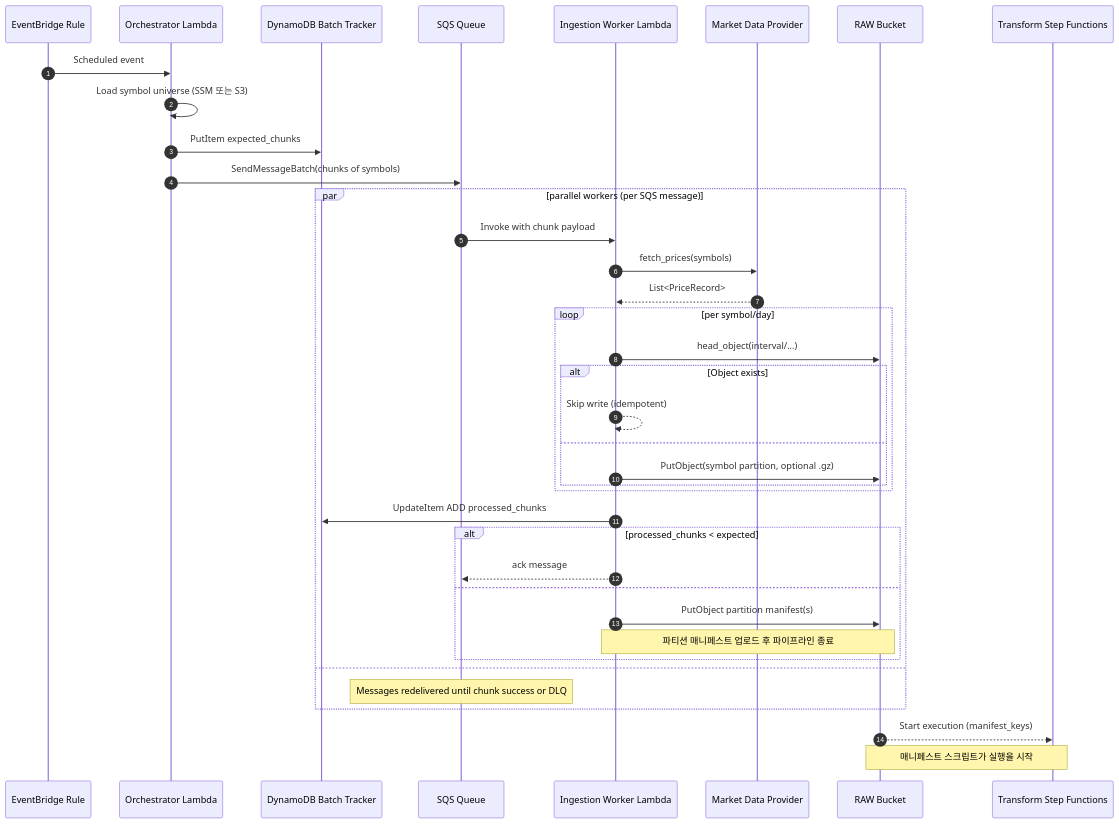
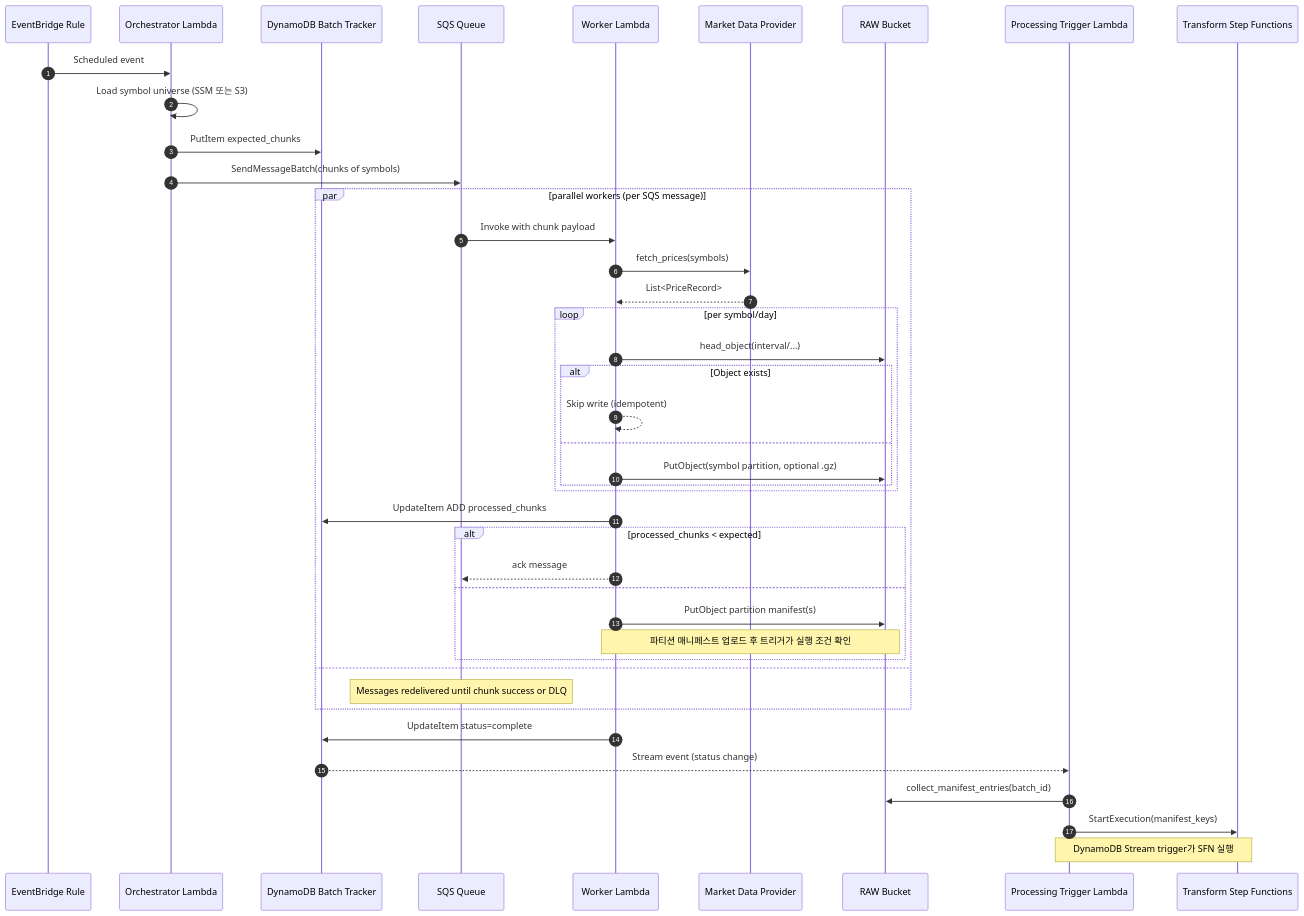
The diagram in docs/diagrams/extract/03-sequence.md (keemgdeok/fin-forge-pipeline), drawn with Mermaid before and after one commit. The commit also changed 23 other files, not shown here.

Commit message:
docs: update docs/diagrams/

````diff
--- a/docs/diagrams/extract/03-sequence.md
+++ b/docs/diagrams/extract/03-sequence.md
@@ -1,43 +1,47 @@
 ```mermaid
 sequenceDiagram
   autonumber
   participant EV as EventBridge Rule
   participant ORC as Orchestrator Lambda
   participant DDB as DynamoDB Batch Tracker
   participant SQS as SQS Queue
-  participant WRK as Ingestion Worker Lambda
+  participant WRK as Worker Lambda
   participant PRV as Market Data Provider
   participant S3 as RAW Bucket
+  participant TRG as Processing Trigger Lambda
   participant SF as Transform Step Functions
 
   EV->>ORC: Scheduled event
   ORC->>ORC: Load symbol universe (SSM 또는 S3)
   ORC->>DDB: PutItem expected_chunks
   ORC->>SQS: SendMessageBatch(chunks of symbols)
 
   par parallel workers (per SQS message)
     SQS->>WRK: Invoke with chunk payload
     WRK->>PRV: fetch_prices(symbols)
     PRV-->>WRK: List<PriceRecord>
     loop per symbol/day
       WRK->>S3: head_object(interval/...)
       alt Object exists
         WRK-->>WRK: Skip write (idempotent)
       else
         WRK->>S3: PutObject(symbol partition, optional .gz)
       end
     end
-    WRK->>DDB: UpdateItem ADD processed_chunks
-    alt processed_chunks < expected
-      WRK-->>SQS: ack message
-    else
-      WRK->>S3: PutObject partition manifest(s)
-      Note over WRK,S3: 파티션 매니페스트 업로드 후 파이프라인 종료
+      WRK->>DDB: UpdateItem ADD processed_chunks
+      alt processed_chunks < expected
+        WRK-->>SQS: ack message
+      else
+        WRK->>S3: PutObject partition manifest(s)
+      Note over WRK,S3: 파티션 매니페스트 업로드 후 트리거가 실행 조건 확인
     end
   and
     Note over SQS: Messages redelivered until chunk success or DLQ
   end
 
-  S3-->>SF: Start execution (manifest_keys)
-  Note over S3,SF: 매니페스트 스크립트가 실행을 시작
+  WRK->>DDB: UpdateItem status=complete
+  DDB-->>TRG: Stream event (status change)
+  TRG->>S3: collect_manifest_entries(batch_id)
+  TRG->>SF: StartExecution(manifest_keys)
+  Note over TRG,SF: DynamoDB Stream trigger가 SFN 실행
 ```
````
